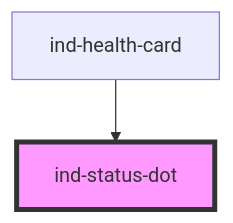
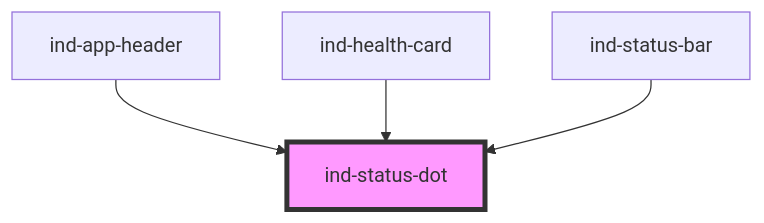
One commit to christophe77/in-ds changed the diagram in packages/core/src/components/atoms/status-dot/readme.md. Above: the diagram before and after it, drawn with Mermaid. The commit also changed other lines of this file and 37 other files, not shown here.

````diff
--- a/packages/core/src/components/atoms/status-dot/readme.md
+++ b/packages/core/src/components/atoms/status-dot/readme.md
@@ -25,5 +27,7 @@
 ```mermaid
 graph TD;
+  ind-app-header --> ind-status-dot
   ind-health-card --> ind-status-dot
+  ind-status-bar --> ind-status-dot
   style ind-status-dot fill:#f9f,stroke:#333,stroke-width:4px
 ```
````
